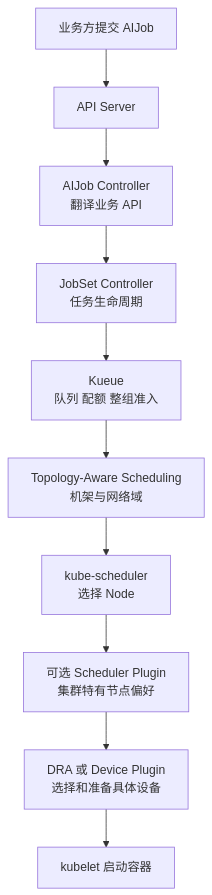
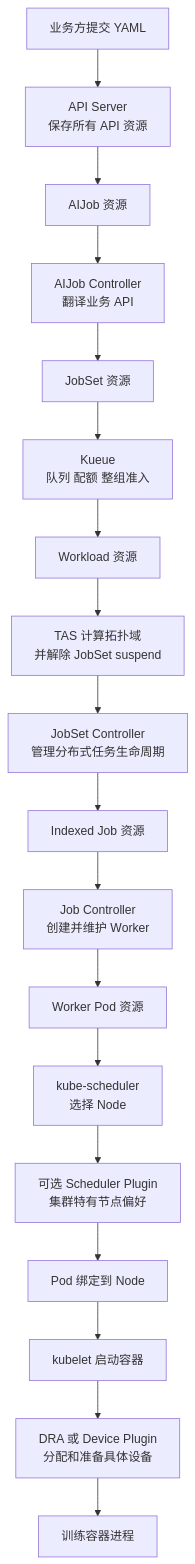
One commit to tihaya-anon/ai-infra changed the second of 11 diagrams in docs/tutorial.md. Above: the diagram before and after it, drawn with Mermaid. The commit also changed other lines of this file, not shown here.

Commit message:
docs: clarify Kubernetes and hardware topology

````diff
--- a/docs/tutorial.md
+++ b/docs/tutorial.md
@@ -39,23 +69,39 @@
 ```mermaid
 flowchart TD
-    User[业务方提交 AIJob]
-    API[API Server]
+    User[业务方提交 YAML]
+    API[API Server<br/>保存所有 API 资源]
+    AIJob[AIJob 资源]
     Adapter[AIJob Controller<br/>翻译业务 API]
-    JobSet[JobSet Controller<br/>任务生命周期]
+    JobSet[JobSet 资源]
     Kueue[Kueue<br/>队列 配额 整组准入]
-    TAS[Topology-Aware Scheduling<br/>机架与网络域]
+    Workload[Workload 资源]
+    TAS[TAS 计算拓扑域<br/>并解除 JobSet suspend]
+    JobSetController[JobSet Controller<br/>管理分布式任务生命周期]
+    Job[Indexed Job 资源]
+    JobController[Job Controller<br/>创建并维护 Worker]
+    Pod[Worker Pod 资源]
     Scheduler[kube-scheduler<br/>选择 Node]
     Plugin[可选 Scheduler Plugin<br/>集群特有节点偏好]
-    DRA[DRA 或 Device Plugin<br/>选择和准备具体设备]
+    Binding[Pod 绑定到 Node]
     Kubelet[kubelet 启动容器]
+    Device[DRA 或 Device Plugin<br/>分配和准备具体设备]
+    Container[训练容器进程]
 
     User --> API
-    API --> Adapter
+    API --> AIJob
+    AIJob --> Adapter
     Adapter --> JobSet
     JobSet --> Kueue
-    Kueue --> TAS
-    TAS --> Scheduler
+    Kueue --> Workload
+    Workload --> TAS
+    TAS --> JobSetController
+    JobSetController --> Job
+    Job --> JobController
+    JobController --> Pod
+    Pod --> Scheduler
     Scheduler --> Plugin
-    Plugin --> DRA
-    DRA --> Kubelet
+    Plugin --> Binding
+    Binding --> Kubelet
+    Kubelet --> Device
+    Device --> Container
 ```
````
